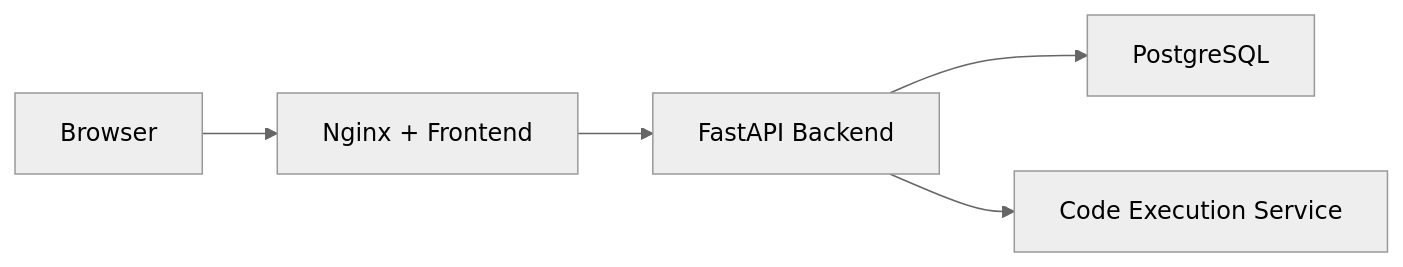
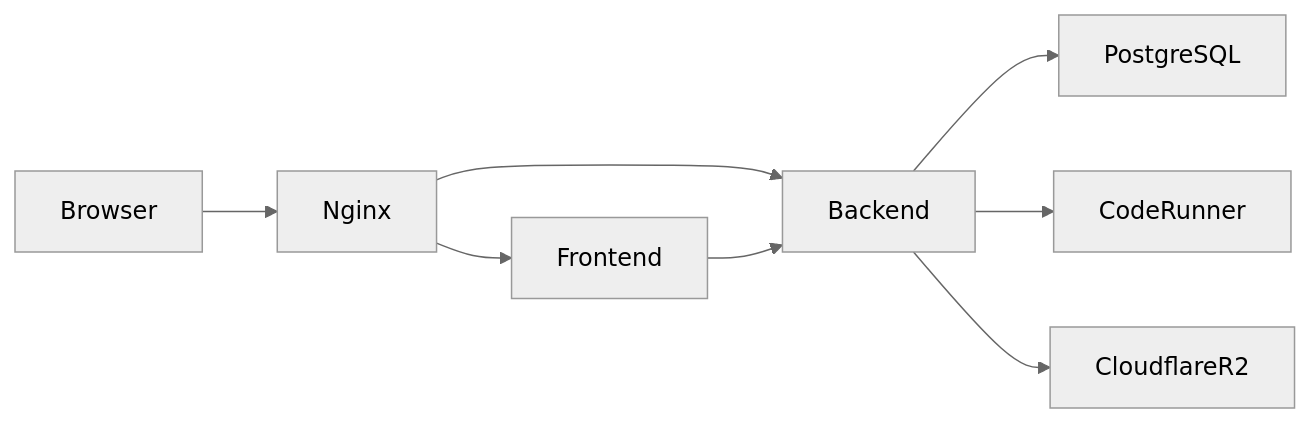
The diagram in README.md (yousri-meftah/CodeMaster), drawn with Mermaid (neutral theme) before and after one commit. The commit also changed other lines of this file, not shown here.

````diff
--- a/README.md
+++ b/README.md
@@ -47,7 +36,10 @@
 ```mermaid
 flowchart LR
-    Browser["Browser"] --> Web["Nginx + Frontend"]
-    Web --> API["FastAPI Backend"]
-    API --> DB["PostgreSQL"]
-    API --> Runner["Code Execution Service"]
+    Browser --> Nginx
+    Nginx --> Frontend
+    Nginx --> Backend
+    Frontend --> Backend
+    Backend --> PostgreSQL
+    Backend --> CodeRunner
+    Backend --> CloudflareR2
 ```
````
